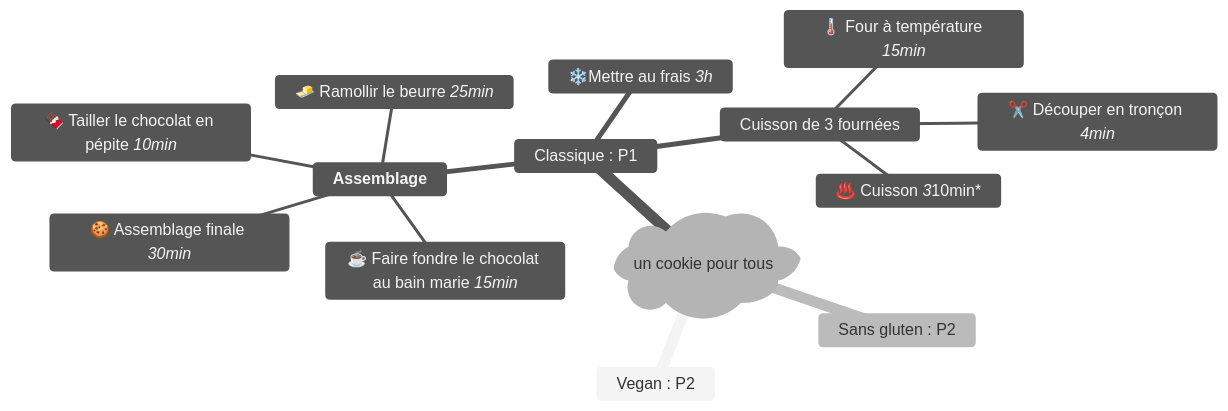
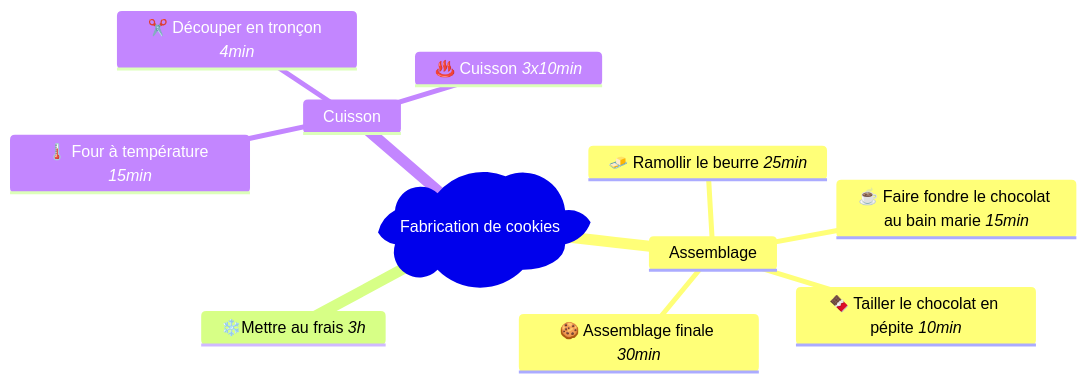
One commit to malnoe/TpGestionProjet changed the first of 5 diagrams in README.md. Above: the diagram before and after it, drawn with Mermaid. The commit also changed other lines of this file, not shown here.

Commit message:
Simplification Work Breakdown Structure

````diff
--- a/README.md
+++ b/README.md
@@ -70,18 +70,14 @@
 ```mermaid
-%%{init: {'theme':'neutral'}}%%
 mindmap
-  root)un cookie pour tous(
-    Vegan : P2
-    Classique : P1
-        **Assemblage**
-            🧈 Ramollir le beurre *25min*
-            ☕ Faire fondre le chocolat au bain marie *15min*
-            🍫 Tailler le chocolat en pépite *10min*
-            🍪 Assemblage finale *30min*
-        ❄️Mettre au frais *3h*
-        Cuisson de 3 fournées
-            🌡️ Four à température *15min*
-            ✂️ Découper en tronçon *4min*
-            ♨️ Cuisson *3*10min*
-    Sans gluten : P2
+  root)Fabrication de cookies(
+    Assemblage
+        🧈 Ramollir le beurre *25min*
+        ☕ Faire fondre le chocolat au bain marie *15min*
+        🍫 Tailler le chocolat en pépite *10min*
+        🍪 Assemblage finale *30min*
+    ❄️Mettre au frais *3h*
+    Cuisson
+        🌡️ Four à température *15min*
+        ✂️ Découper en tronçon *4min*
+        ♨️ Cuisson *3x10min*
 ```
````
